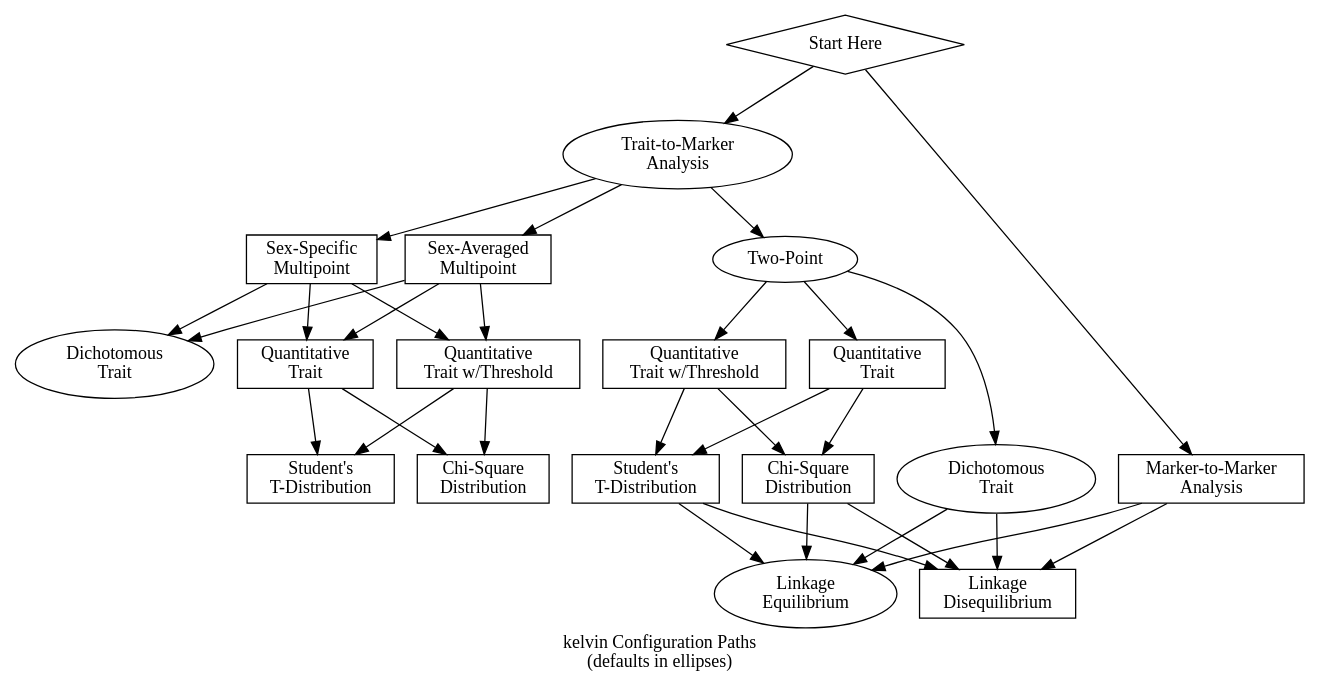
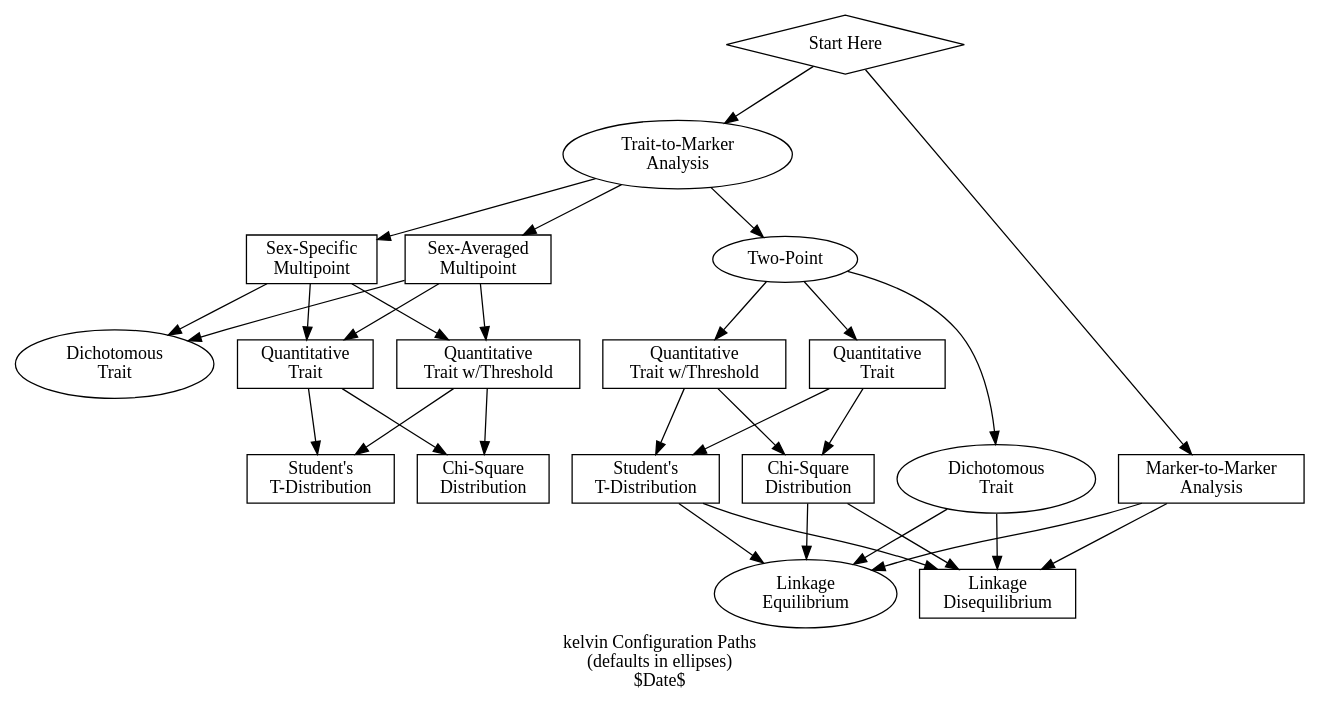
Before and after one commit to MathematicalMedicine/kelvin: the diagram in doc/config.dot, drawn with Graphviz. The commit also changed 2 other files, not shown here.

```diff
--- a/doc/config.dot
+++ b/doc/config.dot
@@ -1,53 +1,53 @@
 digraph kelvin_conf {
-	label="kelvin Configuration Paths\n(defaults in ellipses)"
+	label="kelvin Configuration Paths\n(defaults in ellipses)\n$Date$"
 	"start" [shape=diamond, label="Start Here", height=.1, width=.1] ;
 	"MM" [shape=box, label="Marker-to-Marker\nAnalysis"] ;
 	"TM" [shape=ellipse, label="Trait-to-Marker\nAnalysis"] ;
 	"TP" [shape=ellipse, label="Two-Point"] ;
 	"DTTP" [shape=ellipse, label="Dichotomous\nTrait"] ;
 	"DTMP" [shape=ellipse, label="Dichotomous\nTrait"] ;
 	"LE" [shape=ellipse, label="Linkage\nEquilibrium\n"] ;
 	"SA" [shape=box, label="Sex-Averaged\nMultipoint"] ;
 	"SS" [shape=box, label="Sex-Specific\nMultipoint"] ;
 	"QTTP" [shape=box, label="Quantitative\nTrait"] ;
 	"QTMP" [shape=box, label="Quantitative\nTrait"] ;
 	"LD" [shape=box, label="Linkage\nDisequilibrium"] ;
 	"CTTP" [shape=box, label="Quantitative\nTrait w/Threshold"] ;
 	"CTMP"  [shape=box, label="Quantitative\nTrait w/Threshold"] ;
 	"CS" [shape=box, label="Chi-Square\nDistribution"] ;
 	"TD" [shape=box, label="Student's\nT-Distribution"] ;
 	"CSTP" [shape=box, label="Chi-Square\nDistribution"] ;
 	"TDTP" [shape=box, label="Student's\nT-Distribution"] ;
 
 	"start" -> "MM" ;
 	"start" -> "TM" ;
 	"MM" -> "LE" ;
 	"MM" -> "LD" ;
 	"TM" -> "TP" ;
 	"TM" -> "SA" ;
 	"TM" -> "SS" ;
 	"TP" -> "DTTP" ;
 	"TP" -> "QTTP" ;
 	"TP" -> "CTTP" ;
 	"SA" -> "DTMP" ;
 	"SA" -> "QTMP" ;
 	"SA" -> "CTMP" ;
 	"SS" -> "DTMP" ;
 	"SS" -> "QTMP" ;
 	"SS" -> "CTMP" ;
 	"DTTP" -> "LE" ;
 	"DTTP" -> "LD" ;
 	"CTTP" -> "CSTP" ;
 	"CTTP" -> "TDTP" ;
 	"QTTP" -> "CSTP" ;
 	"QTTP" -> "TDTP" ;
 	"QTMP" -> "CS" ;
 	"QTMP" -> "TD" ;
 	"CTMP" -> "CS" ;
 	"CTMP" -> "TD" ;
 	"CSTP" -> "LE" ;
 	"CSTP" -> "LD" ;
 	"TDTP" -> "LE" ;
 	"TDTP" -> "LD" ;
 
 }
```
